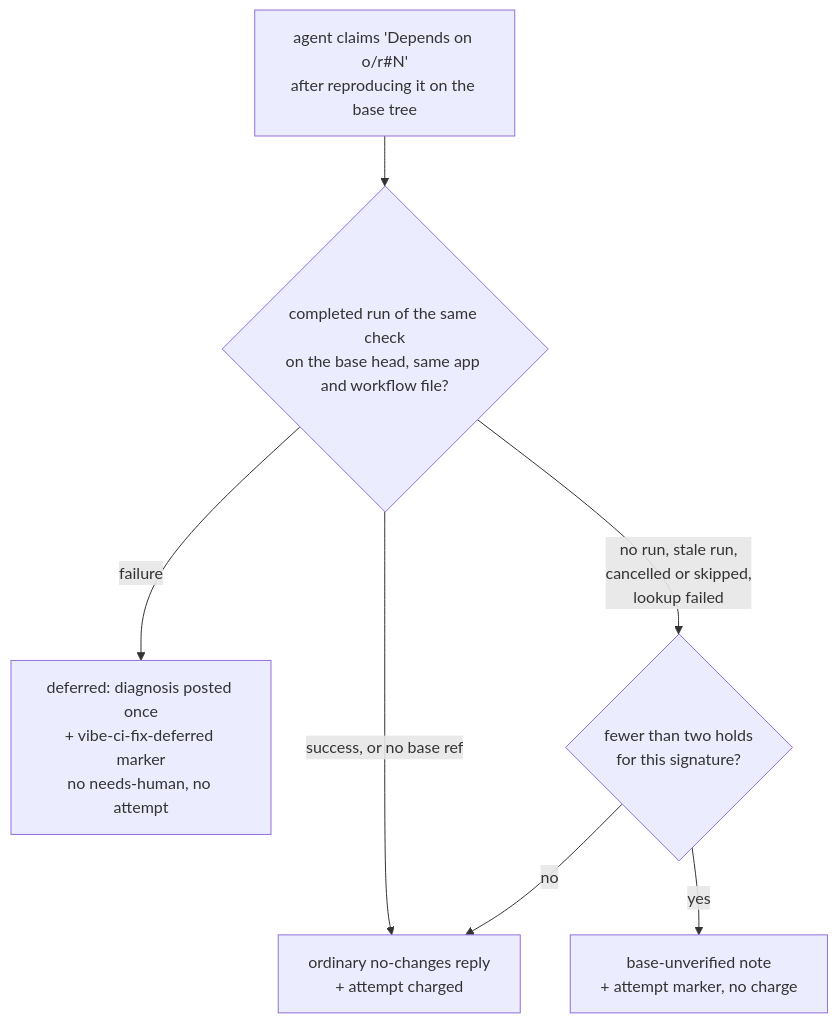
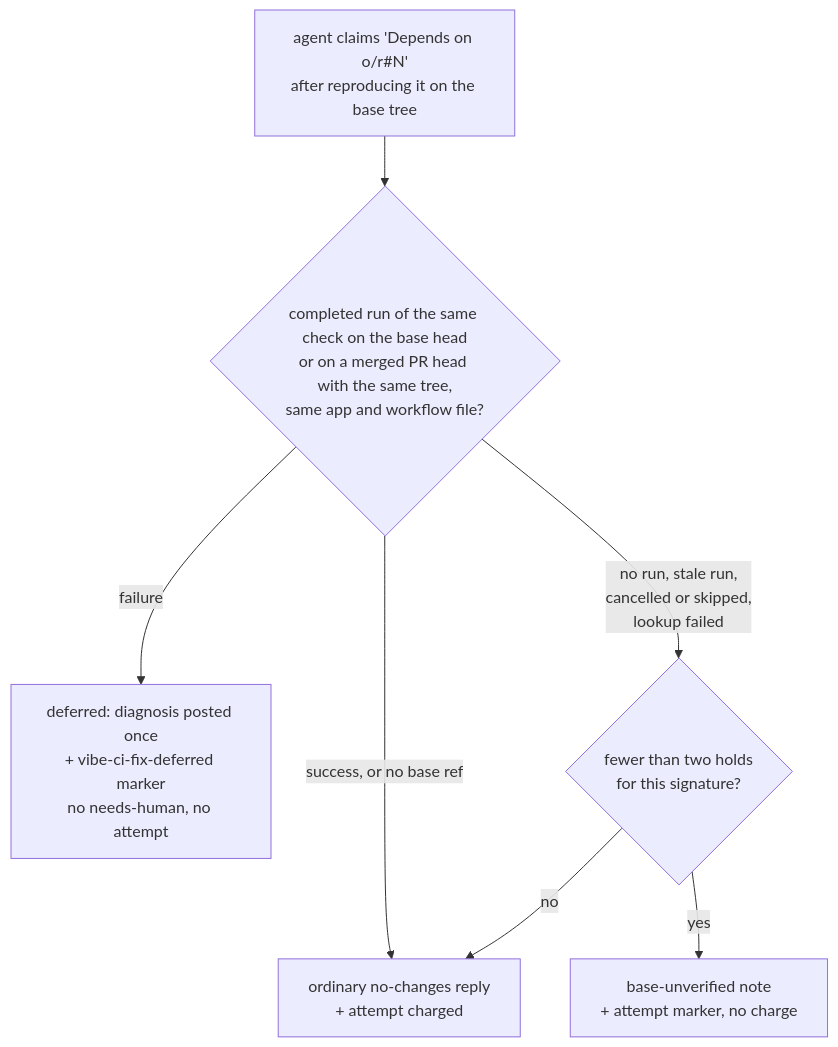
Before and after one commit to stSoftwareAU/VibeCoder: the sixth of 8 diagrams in docs/workflows/ci-fix.md, drawn with Mermaid. The commit also changed other lines of this file and 6 other files, not shown here.

Commit message:
Verify a PR-only check's base defect by the same workflow's run on a tree-identical merged PR head, and pin the surviving mutants (Part of #4680)

````diff
--- a/docs/workflows/ci-fix.md
+++ b/docs/workflows/ci-fix.md
@@ -625,9 +636,9 @@
 ```mermaid
 flowchart TD
-    A["agent claims 'Depends on o/r#N'<br/>after reproducing it on the base tree"] --> E{"completed run of the same check<br/>on the base head, same app and workflow file?"}
+    A["agent claims 'Depends on o/r#N'<br/>after reproducing it on the base tree"] --> E{"completed run of the same check on the base head<br/>or on a merged PR head with the same tree,<br/>same app and workflow file?"}
     E -->|"success, or no base ref"| O["ordinary no-changes reply<br/>+ attempt charged"]
     E -->|"failure"| R["deferred: diagnosis posted once<br/>+ vibe-ci-fix-deferred marker<br/>no needs-human, no attempt"]
     E -->|"no run, stale run,<br/>cancelled or skipped,<br/>lookup failed"| H{"fewer than two holds<br/>for this signature?"}
     H -->|yes| U["base-unverified note<br/>+ attempt marker, no charge"]
     H -->|no| O
 ```
````
